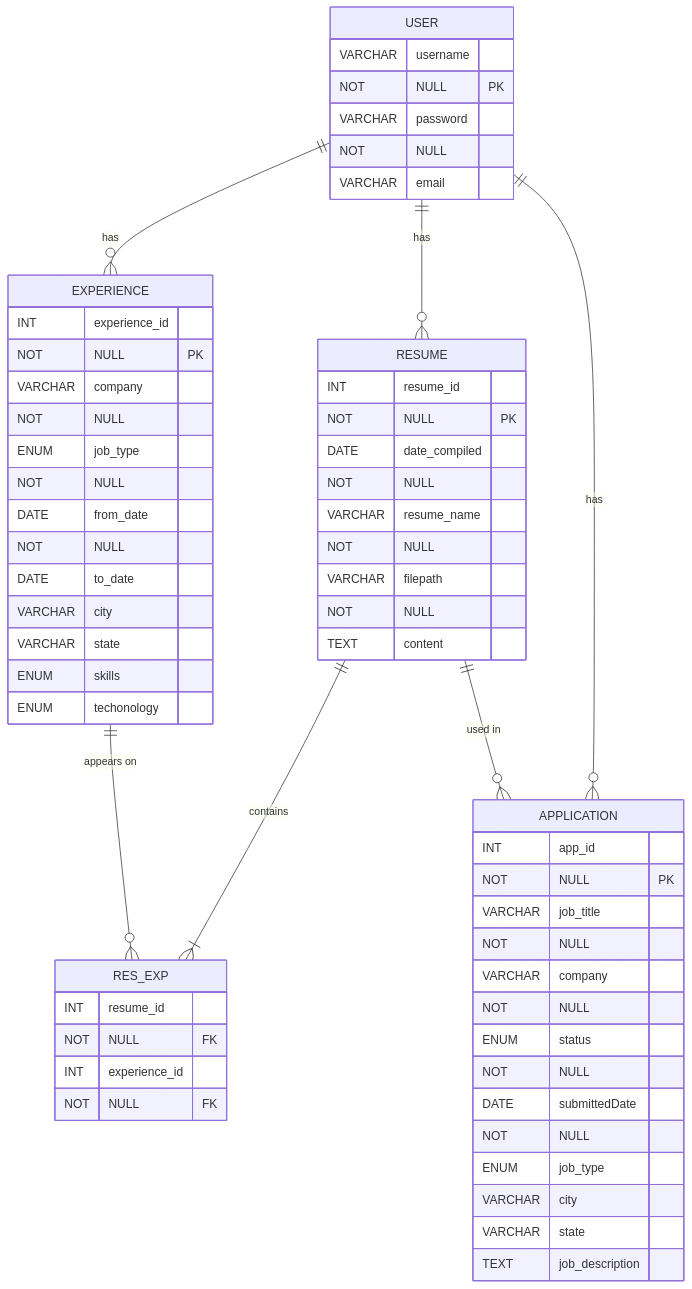
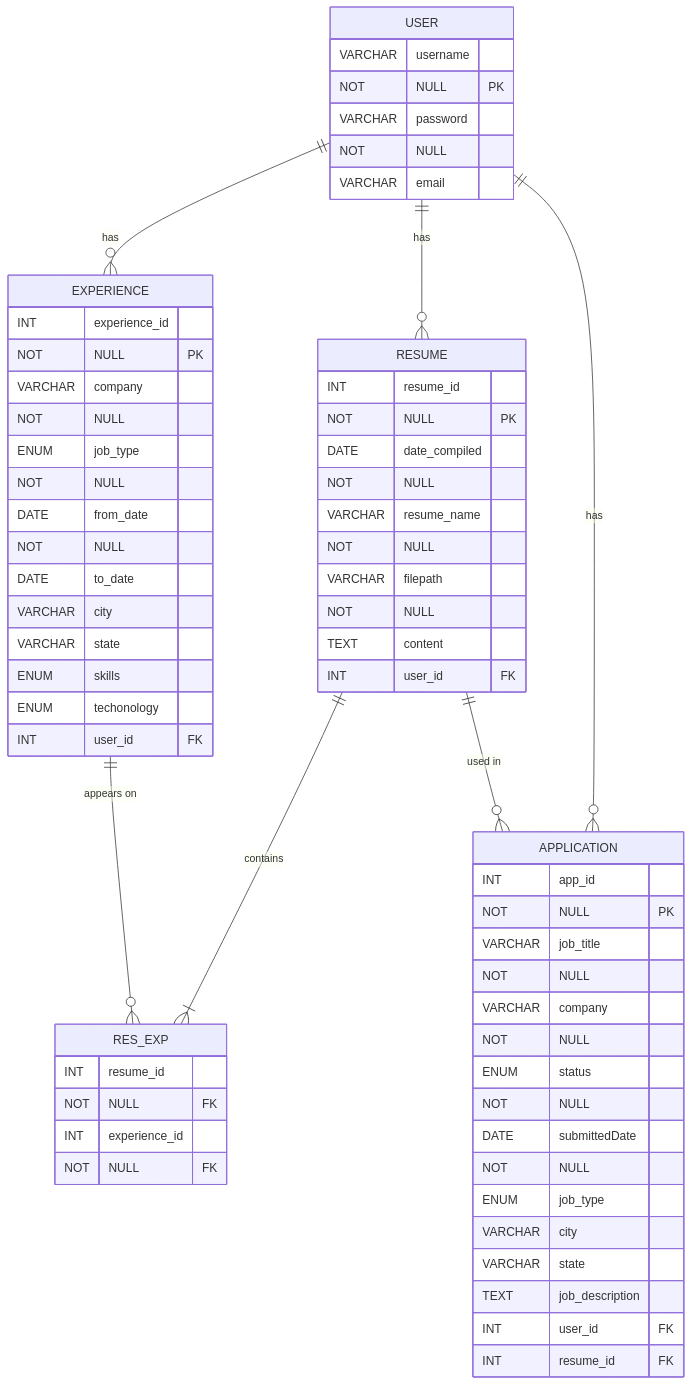
Before and after one commit to ajtroup1/AIS-2025: the first of 2 diagrams in docs/DATA.md, drawn with Mermaid. The commit also changed other lines of this file and 1 other file, not shown here.

Commit message:
updated mermaid

````diff
--- a/docs/DATA.md
+++ b/docs/DATA.md
@@ -11,48 +11,52 @@
 ```mermaid
 erDiagram
     USER {
         VARCHAR username NOT NULL PK
         VARCHAR password NOT NULL
         VARCHAR email
     }
     EXPERIENCE{
         INT experience_id NOT NULL PK
         VARCHAR company NOT NULL
         ENUM job_type NOT NULL
         DATE from_date NOT NULL
         DATE to_date
         VARCHAR city
         VARCHAR state
         ENUM skills
         ENUM techonology
+        INT user_id FK
     }
     RESUME {
         INT resume_id NOT NULL PK
         DATE date_compiled NOT NULL
         VARCHAR resume_name NOT NULL
         VARCHAR filepath NOT NULL
         TEXT content
+        INT user_id FK
     }
     RES_EXP {
         INT resume_id NOT NULL FK
         INT experience_id NOT NULL FK
     }
     APPLICATION {
         INT app_id NOT NULL PK
         VARCHAR job_title NOT NULL
         VARCHAR company NOT NULL
         ENUM status NOT NULL
         DATE submittedDate NOT NULL
         ENUM job_type
         VARCHAR city
         VARCHAR state
         TEXT job_description
+        INT user_id FK
+        INT resume_id FK
     }
 
     USER ||--o{ EXPERIENCE : "has"
     USER ||--o{ RESUME : "has"
     USER ||--o{ APPLICATION : "has"
     EXPERIENCE ||--o{ RES_EXP : "appears on"
     RESUME ||--|{ RES_EXP : "contains"
     RESUME ||--o{ APPLICATION : "used in"
 ```
````
